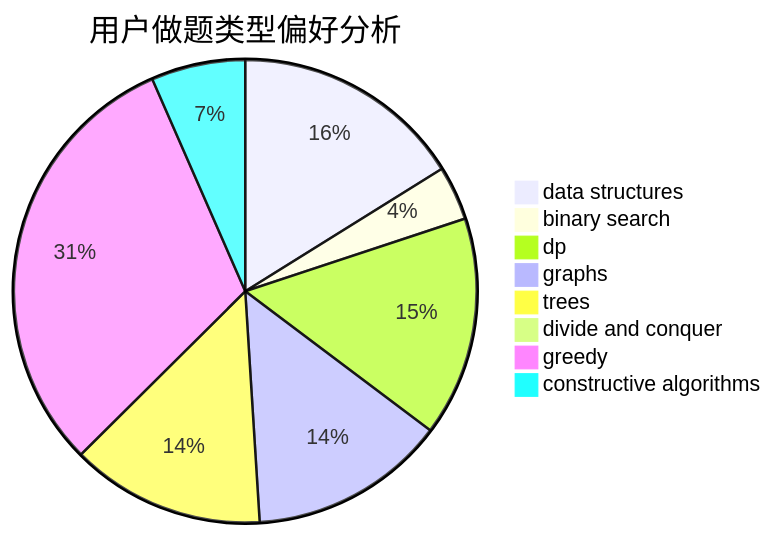
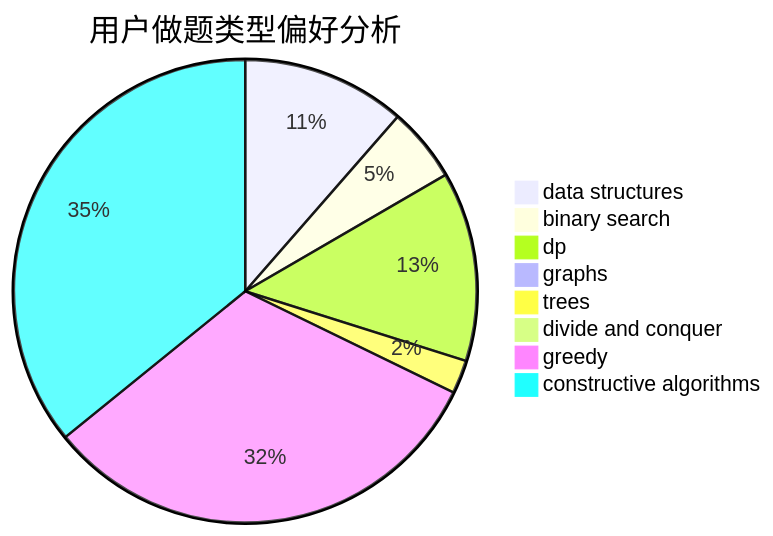
One commit to sherpahu/cfrs.github.io changed the second of 3 diagrams in docs/user/u1936.md. Above: the diagram before and after it, drawn with Mermaid. The commit also changed other lines of this file and 2770 other files, not shown here.

````diff
--- a/docs/user/u1936.md
+++ b/docs/user/u1936.md
@@ -23,11 +23,11 @@
 ```mermaid
 pie title 用户做题类型偏好分析
-    "data structures" :  81
-    "binary search" :  19
-    "dp" :  77
-    "graphs" :  69
-    "trees" :  68
-    "divide and conquer" :  0
-    "greedy" :  155
-    "constructive algorithms" :  33
+    "data structures" :  44
+    "binary search" :  20
+    "dp" :  51
+    "graphs" :  3
+    "trees" :  9
+    "divide and conquer" :  1
+    "greedy" :  123
+    "constructive algorithms" :  138
 ```
````
